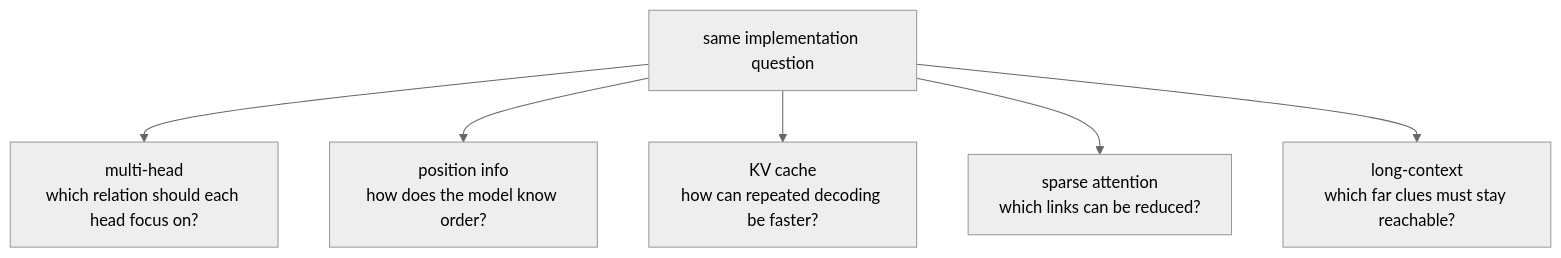
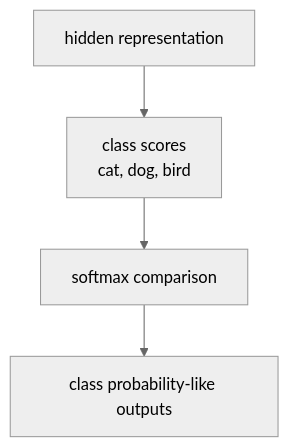
The diagram in docs/parts/part-05/chapter-03/section-03.md (devchan64/AiBook), drawn with Mermaid (neutral theme) before and after one commit. The commit also changed other lines of this file and 213 other files, not shown here.

````diff
--- a/docs/parts/part-05/chapter-03/section-03.md
+++ b/docs/parts/part-05/chapter-03/section-03.md
@@ -359,15 +118,11 @@
 ```mermaid
 flowchart TD
-  A["same implementation question"]
-  B["multi-head<br/>which relation should each head focus on?"]
-  C["position info<br/>how does the model know order?"]
-  D["KV cache<br/>how can repeated decoding be faster?"]
-  E["sparse attention<br/>which links can be reduced?"]
-  F["long-context<br/>which far clues must stay reachable?"]
+  A["hidden representation"]
+  B["class scores<br/>cat, dog, bird"]
+  C["softmax comparison"]
+  D["class probability-like outputs"]
 
   A --> B
-  A --> C
-  A --> D
-  A --> E
-  A --> F
+  B --> C
+  C --> D
 ```
````
